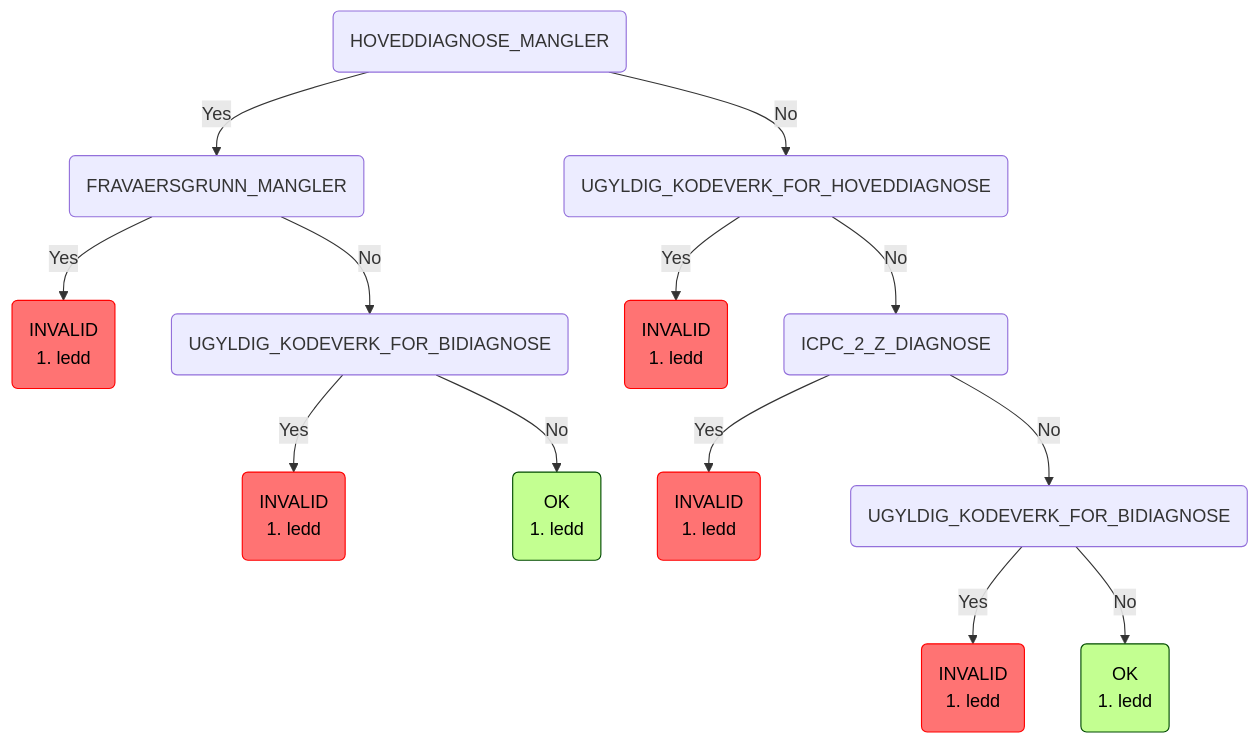
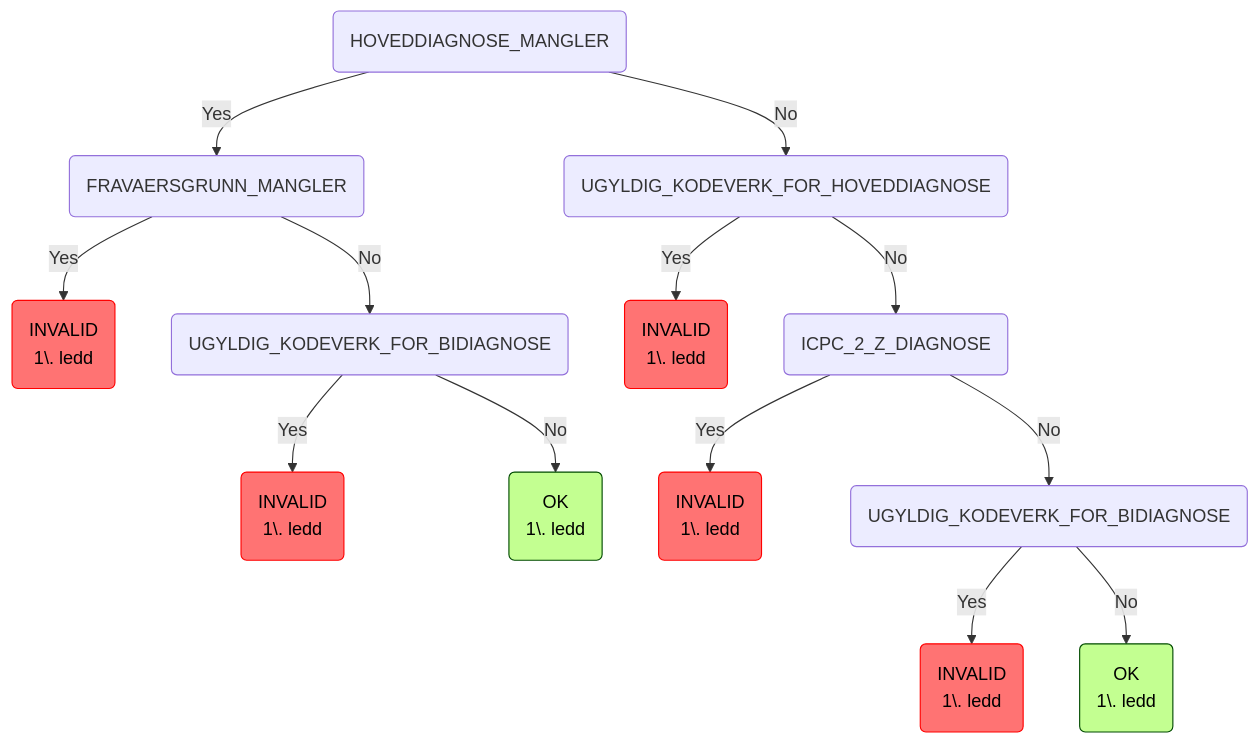
One commit to navikt/syfosmregler changed the sixth of 9 diagrams in README.md. Above: the diagram before and after it, drawn with Mermaid. The commit also changed other lines of this file and 1 other file, not shown here.

````diff
--- a/README.md
+++ b/README.md
@@ -205,18 +216,25 @@
 ```mermaid
 graph TD
     root(HOVEDDIAGNOSE_MANGLER) -->|Yes| root_HOVEDDIAGNOSE_MANGLER_FRAVAERSGRUNN_MANGLER(FRAVAERSGRUNN_MANGLER)
-    root_HOVEDDIAGNOSE_MANGLER_FRAVAERSGRUNN_MANGLER(FRAVAERSGRUNN_MANGLER) -->|Yes| root_HOVEDDIAGNOSE_MANGLER_FRAVAERSGRUNN_MANGLER_INVALID(INVALID\n1. ledd):::invalid
+    root_HOVEDDIAGNOSE_MANGLER_FRAVAERSGRUNN_MANGLER(FRAVAERSGRUNN_MANGLER) -->|Yes| root_HOVEDDIAGNOSE_MANGLER_FRAVAERSGRUNN_MANGLER_INVALID(INVALID
+1\. ledd):::invalid
     root_HOVEDDIAGNOSE_MANGLER_FRAVAERSGRUNN_MANGLER(FRAVAERSGRUNN_MANGLER) -->|No| root_HOVEDDIAGNOSE_MANGLER_FRAVAERSGRUNN_MANGLER_UGYLDIG_KODEVERK_FOR_BIDIAGNOSE(UGYLDIG_KODEVERK_FOR_BIDIAGNOSE)
-    root_HOVEDDIAGNOSE_MANGLER_FRAVAERSGRUNN_MANGLER_UGYLDIG_KODEVERK_FOR_BIDIAGNOSE(UGYLDIG_KODEVERK_FOR_BIDIAGNOSE) -->|Yes| root_HOVEDDIAGNOSE_MANGLER_FRAVAERSGRUNN_MANGLER_UGYLDIG_KODEVERK_FOR_BIDIAGNOSE_INVALID(INVALID\n1. ledd):::invalid
-    root_HOVEDDIAGNOSE_MANGLER_FRAVAERSGRUNN_MANGLER_UGYLDIG_KODEVERK_FOR_BIDIAGNOSE(UGYLDIG_KODEVERK_FOR_BIDIAGNOSE) -->|No| root_HOVEDDIAGNOSE_MANGLER_FRAVAERSGRUNN_MANGLER_UGYLDIG_KODEVERK_FOR_BIDIAGNOSE_OK(OK\n1. ledd):::ok
+    root_HOVEDDIAGNOSE_MANGLER_FRAVAERSGRUNN_MANGLER_UGYLDIG_KODEVERK_FOR_BIDIAGNOSE(UGYLDIG_KODEVERK_FOR_BIDIAGNOSE) -->|Yes| root_HOVEDDIAGNOSE_MANGLER_FRAVAERSGRUNN_MANGLER_UGYLDIG_KODEVERK_FOR_BIDIAGNOSE_INVALID(INVALID
+1\. ledd):::invalid
+    root_HOVEDDIAGNOSE_MANGLER_FRAVAERSGRUNN_MANGLER_UGYLDIG_KODEVERK_FOR_BIDIAGNOSE(UGYLDIG_KODEVERK_FOR_BIDIAGNOSE) -->|No| root_HOVEDDIAGNOSE_MANGLER_FRAVAERSGRUNN_MANGLER_UGYLDIG_KODEVERK_FOR_BIDIAGNOSE_OK(OK
+1\. ledd):::ok
     root(HOVEDDIAGNOSE_MANGLER) -->|No| root_HOVEDDIAGNOSE_MANGLER_UGYLDIG_KODEVERK_FOR_HOVEDDIAGNOSE(UGYLDIG_KODEVERK_FOR_HOVEDDIAGNOSE)
-    root_HOVEDDIAGNOSE_MANGLER_UGYLDIG_KODEVERK_FOR_HOVEDDIAGNOSE(UGYLDIG_KODEVERK_FOR_HOVEDDIAGNOSE) -->|Yes| root_HOVEDDIAGNOSE_MANGLER_UGYLDIG_KODEVERK_FOR_HOVEDDIAGNOSE_INVALID(INVALID\n1. ledd):::invalid
+    root_HOVEDDIAGNOSE_MANGLER_UGYLDIG_KODEVERK_FOR_HOVEDDIAGNOSE(UGYLDIG_KODEVERK_FOR_HOVEDDIAGNOSE) -->|Yes| root_HOVEDDIAGNOSE_MANGLER_UGYLDIG_KODEVERK_FOR_HOVEDDIAGNOSE_INVALID(INVALID
+1\. ledd):::invalid
     root_HOVEDDIAGNOSE_MANGLER_UGYLDIG_KODEVERK_FOR_HOVEDDIAGNOSE(UGYLDIG_KODEVERK_FOR_HOVEDDIAGNOSE) -->|No| root_HOVEDDIAGNOSE_MANGLER_UGYLDIG_KODEVERK_FOR_HOVEDDIAGNOSE_ICPC_2_Z_DIAGNOSE(ICPC_2_Z_DIAGNOSE)
-    root_HOVEDDIAGNOSE_MANGLER_UGYLDIG_KODEVERK_FOR_HOVEDDIAGNOSE_ICPC_2_Z_DIAGNOSE(ICPC_2_Z_DIAGNOSE) -->|Yes| root_HOVEDDIAGNOSE_MANGLER_UGYLDIG_KODEVERK_FOR_HOVEDDIAGNOSE_ICPC_2_Z_DIAGNOSE_INVALID(INVALID\n1. ledd):::invalid
+    root_HOVEDDIAGNOSE_MANGLER_UGYLDIG_KODEVERK_FOR_HOVEDDIAGNOSE_ICPC_2_Z_DIAGNOSE(ICPC_2_Z_DIAGNOSE) -->|Yes| root_HOVEDDIAGNOSE_MANGLER_UGYLDIG_KODEVERK_FOR_HOVEDDIAGNOSE_ICPC_2_Z_DIAGNOSE_INVALID(INVALID
+1\. ledd):::invalid
     root_HOVEDDIAGNOSE_MANGLER_UGYLDIG_KODEVERK_FOR_HOVEDDIAGNOSE_ICPC_2_Z_DIAGNOSE(ICPC_2_Z_DIAGNOSE) -->|No| root_HOVEDDIAGNOSE_MANGLER_UGYLDIG_KODEVERK_FOR_HOVEDDIAGNOSE_ICPC_2_Z_DIAGNOSE_UGYLDIG_KODEVERK_FOR_BIDIAGNOSE(UGYLDIG_KODEVERK_FOR_BIDIAGNOSE)
-    root_HOVEDDIAGNOSE_MANGLER_UGYLDIG_KODEVERK_FOR_HOVEDDIAGNOSE_ICPC_2_Z_DIAGNOSE_UGYLDIG_KODEVERK_FOR_BIDIAGNOSE(UGYLDIG_KODEVERK_FOR_BIDIAGNOSE) -->|Yes| root_HOVEDDIAGNOSE_MANGLER_UGYLDIG_KODEVERK_FOR_HOVEDDIAGNOSE_ICPC_2_Z_DIAGNOSE_UGYLDIG_KODEVERK_FOR_BIDIAGNOSE_INVALID(INVALID\n1. ledd):::invalid
-    root_HOVEDDIAGNOSE_MANGLER_UGYLDIG_KODEVERK_FOR_HOVEDDIAGNOSE_ICPC_2_Z_DIAGNOSE_UGYLDIG_KODEVERK_FOR_BIDIAGNOSE(UGYLDIG_KODEVERK_FOR_BIDIAGNOSE) -->|No| root_HOVEDDIAGNOSE_MANGLER_UGYLDIG_KODEVERK_FOR_HOVEDDIAGNOSE_ICPC_2_Z_DIAGNOSE_UGYLDIG_KODEVERK_FOR_BIDIAGNOSE_OK(OK\n1. ledd):::ok
+    root_HOVEDDIAGNOSE_MANGLER_UGYLDIG_KODEVERK_FOR_HOVEDDIAGNOSE_ICPC_2_Z_DIAGNOSE_UGYLDIG_KODEVERK_FOR_BIDIAGNOSE(UGYLDIG_KODEVERK_FOR_BIDIAGNOSE) -->|Yes| root_HOVEDDIAGNOSE_MANGLER_UGYLDIG_KODEVERK_FOR_HOVEDDIAGNOSE_ICPC_2_Z_DIAGNOSE_UGYLDIG_KODEVERK_FOR_BIDIAGNOSE_INVALID(INVALID
+1\. ledd):::invalid
+    root_HOVEDDIAGNOSE_MANGLER_UGYLDIG_KODEVERK_FOR_HOVEDDIAGNOSE_ICPC_2_Z_DIAGNOSE_UGYLDIG_KODEVERK_FOR_BIDIAGNOSE(UGYLDIG_KODEVERK_FOR_BIDIAGNOSE) -->|No| root_HOVEDDIAGNOSE_MANGLER_UGYLDIG_KODEVERK_FOR_HOVEDDIAGNOSE_ICPC_2_Z_DIAGNOSE_UGYLDIG_KODEVERK_FOR_BIDIAGNOSE_OK(OK
+1\. ledd):::ok
     classDef ok fill:#c3ff91,stroke:#004a00,color: black;
     classDef invalid fill:#ff7373,stroke:#ff0000,color: black;
     classDef manuell fill:#ffe24f,stroke:#ffd500,color: #473c00;
 ```
````
